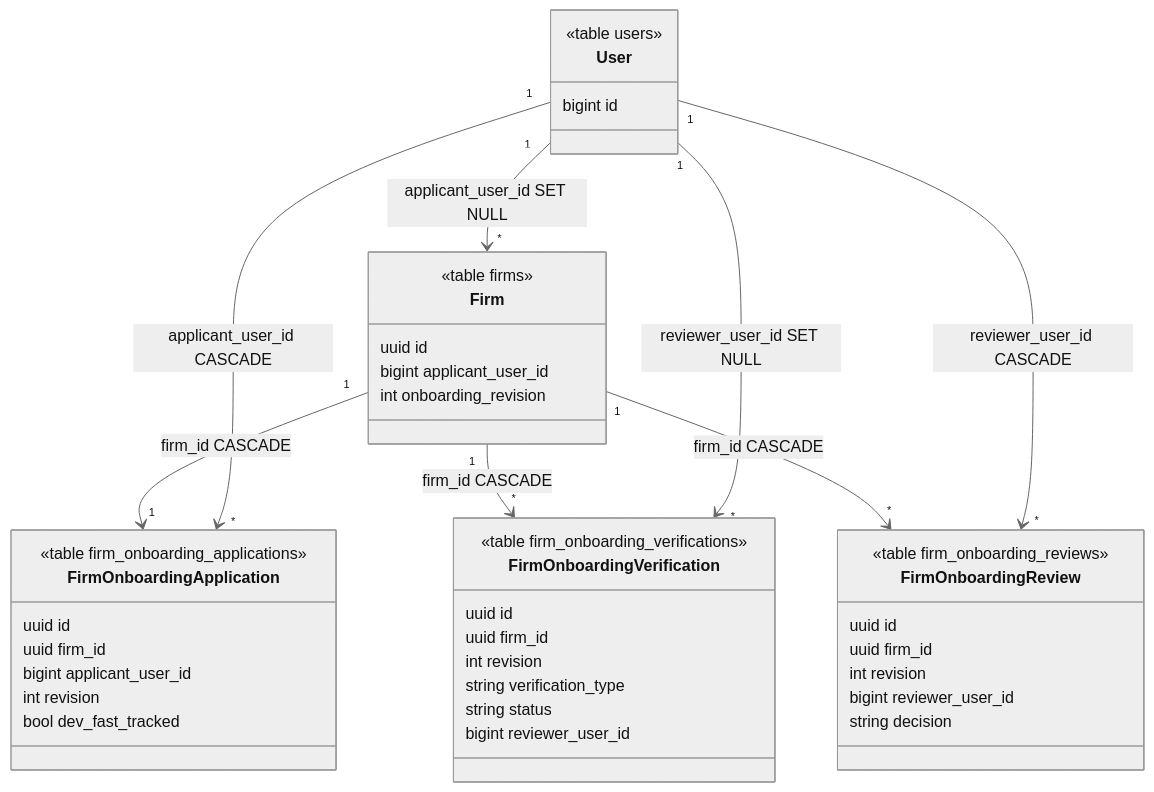
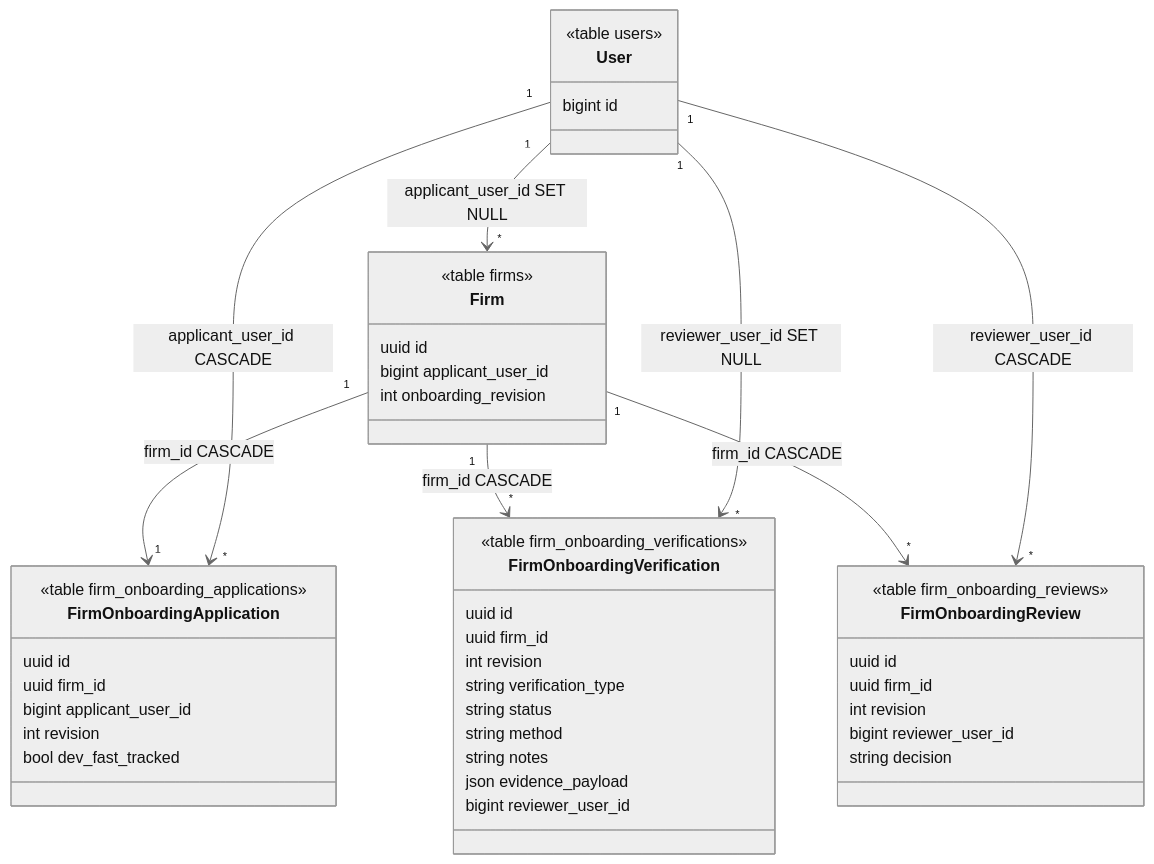
One commit to DanielcB123/LawFirm changed the sixth of 6 diagrams in Markdown/database/uml-class-diagrams.md. Above: the diagram before and after it, drawn with Mermaid (neutral theme). The commit also changed other lines of this file and 28 other files, not shown here.

````diff
--- a/Markdown/database/uml-class-diagrams.md
+++ b/Markdown/database/uml-class-diagrams.md
@@ -330,46 +330,49 @@
 ```mermaid
 classDiagram
   class User {
     <<table users>>
     bigint id
   }
   class Firm {
     <<table firms>>
     uuid id
     bigint applicant_user_id
     int onboarding_revision
   }
   class FirmOnboardingApplication {
     <<table firm_onboarding_applications>>
     uuid id
     uuid firm_id
     bigint applicant_user_id
     int revision
     bool dev_fast_tracked
   }
   class FirmOnboardingVerification {
     <<table firm_onboarding_verifications>>
     uuid id
     uuid firm_id
     int revision
     string verification_type
     string status
+    string method
+    string notes
+    json evidence_payload
     bigint reviewer_user_id
   }
   class FirmOnboardingReview {
     <<table firm_onboarding_reviews>>
     uuid id
     uuid firm_id
     int revision
     bigint reviewer_user_id
     string decision
   }
 
   User "1" --> "*" Firm : applicant_user_id SET NULL
   Firm "1" --> "1" FirmOnboardingApplication : firm_id CASCADE
   User "1" --> "*" FirmOnboardingApplication : applicant_user_id CASCADE
   Firm "1" --> "*" FirmOnboardingVerification : firm_id CASCADE
   User "1" --> "*" FirmOnboardingVerification : reviewer_user_id SET NULL
   Firm "1" --> "*" FirmOnboardingReview : firm_id CASCADE
   User "1" --> "*" FirmOnboardingReview : reviewer_user_id CASCADE
 ```
````
